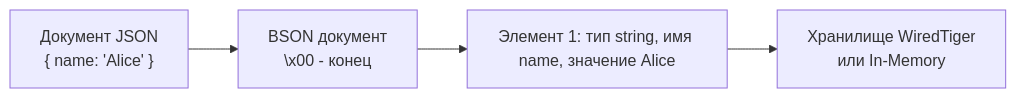
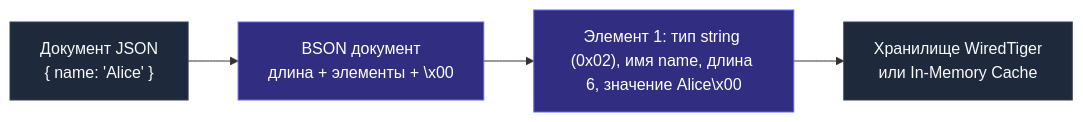
One commit to UnrealTemplier/go-textbook changed the first of 2 diagrams in sources/12. Базы данных/09. NoSQL базы/7. Document базы. MongoDB.md. Above: the diagram before and after it, drawn with Mermaid. The commit also changed other lines of this file, not shown here.

````diff
--- a/sources/12. Базы данных/09. NoSQL базы/7. Document базы. MongoDB.md
+++ b/sources/12. Базы данных/09. NoSQL базы/7. Document базы. MongoDB.md
@@ -44,6 +50,10 @@
 ```mermaid
 flowchart LR
-    A["Документ JSON<br>{ name: 'Alice' }"] --> B["BSON документ<br>\x00 - конец"]
-    B --> C["Элемент 1: тип string, имя name, значение Alice"]
-    C --> D["Хранилище WiredTiger<br>или In-Memory"]
+    A["Документ JSON<br>{ name: 'Alice' }"] --> B["BSON документ<br>длина + элементы + \x00"]
+    B --> C["Элемент 1: тип string (0x02), имя name, длина 6, значение Alice\x00"]
+    C --> D["Хранилище WiredTiger<br>или In-Memory Cache"]
+
+    classDef default fill:#1e293b,stroke:#334155,color:#f8fafc;
+    classDef highlight fill:#312e81,stroke:#6366f1,color:#ffffff;
+    class B,C highlight;
 ```
````
